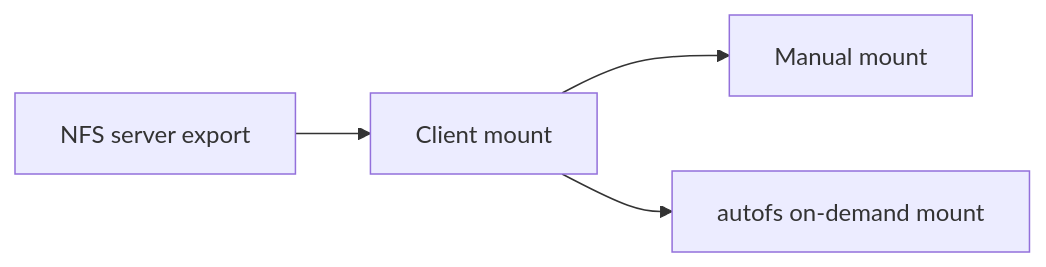
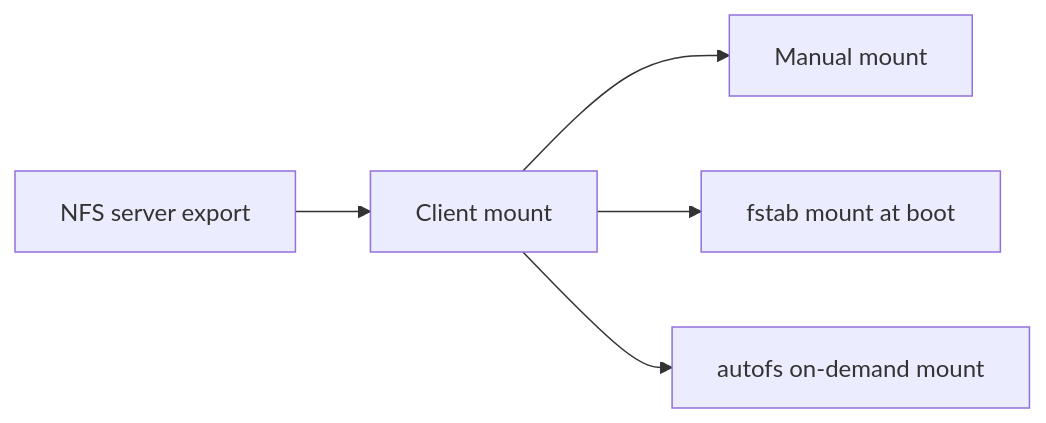
One commit to zainulhasan/rhcsa changed the second of 3 diagrams in 11-filesystems-mounts-nfs-and-autofs.md. Above: the diagram before and after it, drawn with Mermaid. The commit also changed other lines of this file, not shown here.

Commit message:
Upgrade lesson 11 filesystems, NFS and autofs to the new course template

````diff
--- a/11-filesystems-mounts-nfs-and-autofs.md
+++ b/11-filesystems-mounts-nfs-and-autofs.md
@@ -74,6 +71,7 @@
 ```mermaid
 flowchart LR
     A["NFS server export"] --> B["Client mount"]
     B --> C["Manual mount"]
-    B --> D["autofs on-demand mount"]
+    B --> D["fstab mount at boot"]
+    B --> E["autofs on-demand mount"]
 ```
````
